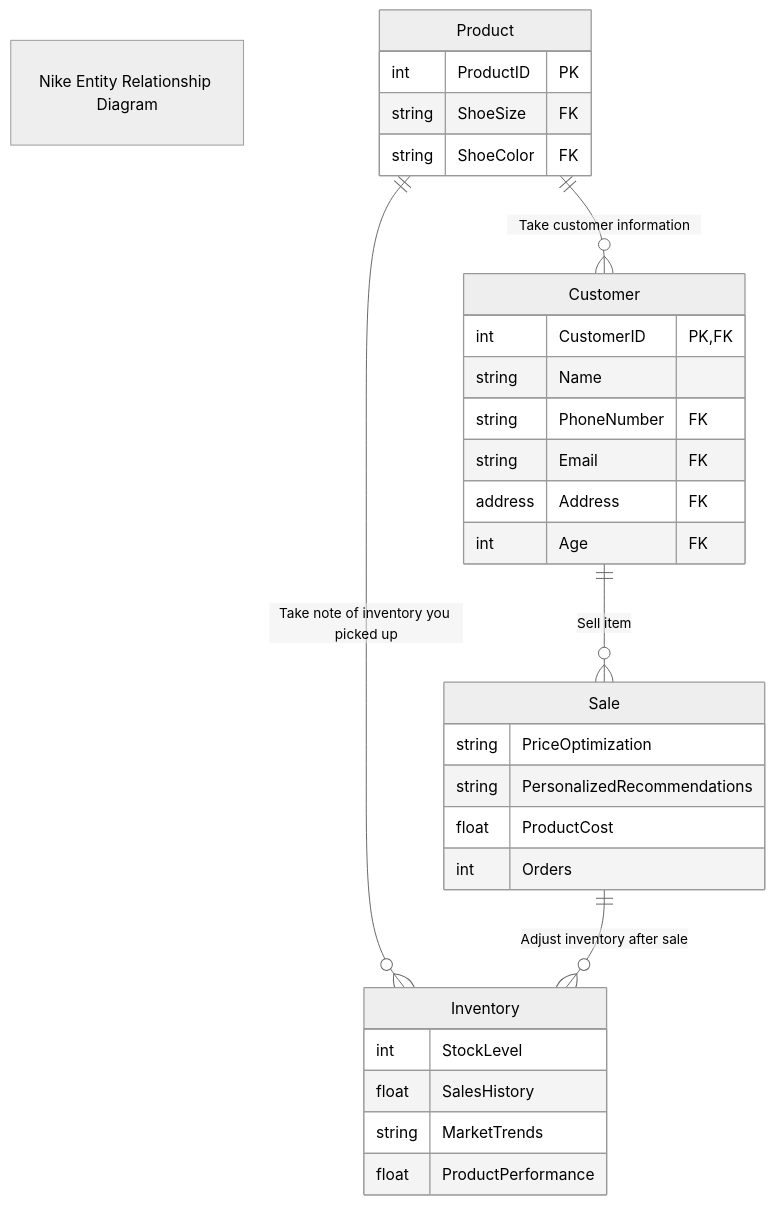
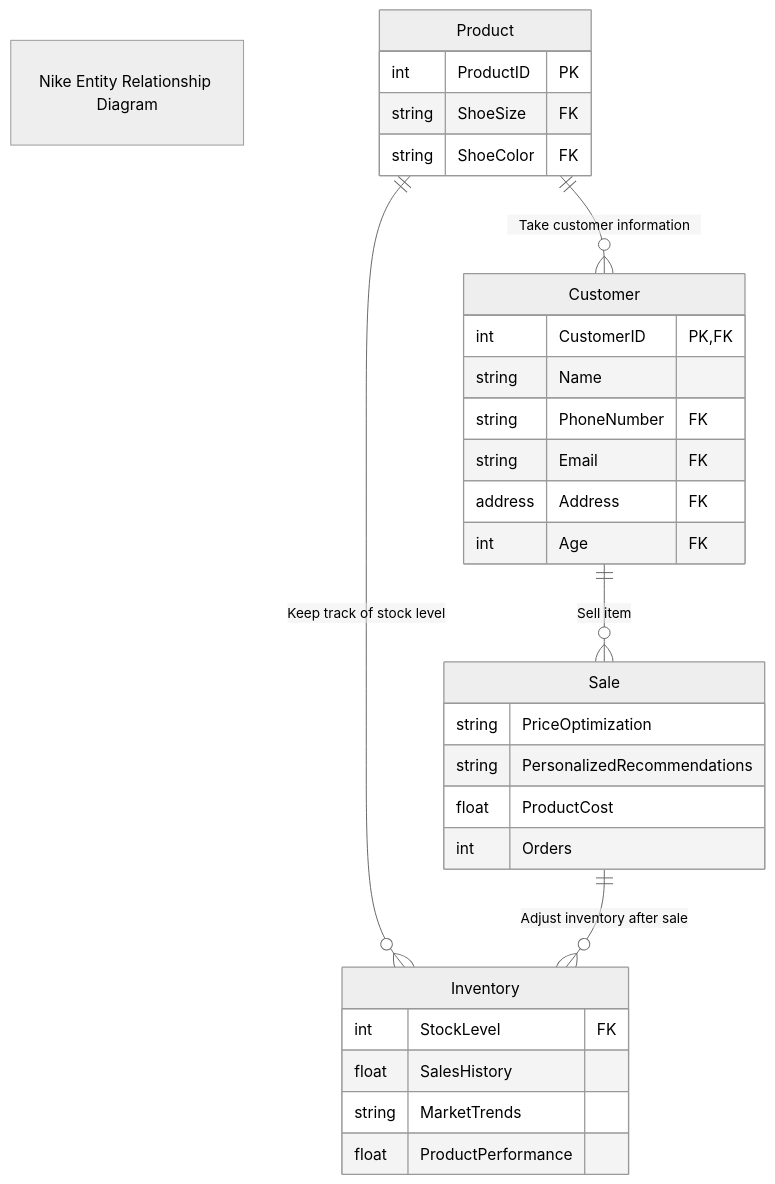
The diagram in NikeStore_ERD.md (JordanDuncan5/Nike-Store-ERD), drawn with Mermaid (neutral theme) before and after one commit.

Commit message:
Update NikeStore_ERD.md
Changed relation of inventory to product

````diff
--- a/NikeStore_ERD.md
+++ b/NikeStore_ERD.md
@@ -1,40 +1,40 @@
 ```mermaid
 
 erDiagram
 
 "Nike Entity Relationship Diagram"
 
     Product ||--o{ Customer :"Take customer information"
-    Product ||--o{ Inventory :"Take note of inventory you picked up"
+    Product ||--o{ Inventory :"Keep track of stock level"
     Product{
         int ProductID PK
         string ShoeSize FK
         string ShoeColor FK
     }
     
     Customer ||--o{ Sale :"Sell item"
     Customer{
         int CustomerID PK, FK
         string Name
         string PhoneNumber FK
         string Email FK
         address Address FK
         int Age FK
     }
     
     Sale ||--o{ Inventory :"Adjust inventory after sale"
     Sale{
         string PriceOptimization
         string PersonalizedRecommendations
         float ProductCost
         int Orders
     }
     
     Inventory{
-        int StockLevel
+        int StockLevel FK
         float SalesHistory 
         string MarketTrends
         float ProductPerformance
     }
 
 ```
````
